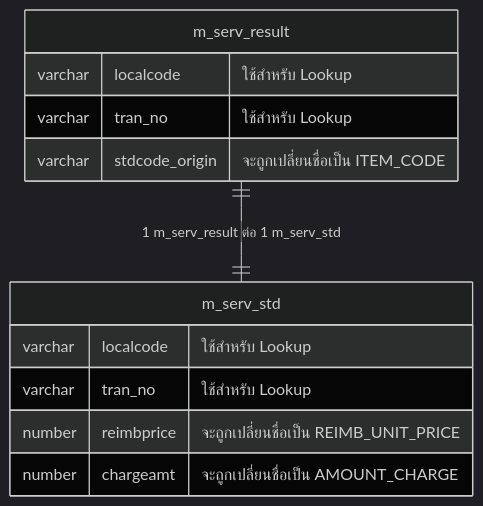
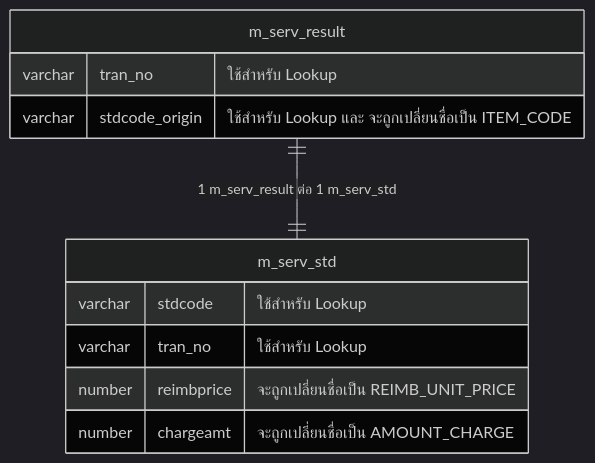
Before and after one commit to lionants02/open-doc: the third of 3 diagrams in nsho/fixbug_ITEM_CODE.md, drawn with Mermaid (dark theme). The commit also changed other lines of this file, not shown here.

````diff
--- a/nsho/fixbug_ITEM_CODE.md
+++ b/nsho/fixbug_ITEM_CODE.md
@@ -34,18 +35,17 @@
 ```mermaid
 erDiagram
     m_serv_result one to one m_serv_std : "1 m_serv_result ต่อ 1 m_serv_std"
 
 
     m_serv_result{
-        varchar localcode "ใช้สำหรับ Lookup"
         varchar tran_no "ใช้สำหรับ Lookup"
-        varchar stdcode_origin "จะถูกเปลี่ยนชื่อเป็น ITEM_CODE"
+        varchar stdcode_origin "ใช้สำหรับ Lookup และ จะถูกเปลี่ยนชื่อเป็น ITEM_CODE"
     }
 
     m_serv_std{
-        varchar localcode "ใช้สำหรับ Lookup"
+        varchar stdcode "ใช้สำหรับ Lookup"
         varchar tran_no "ใช้สำหรับ Lookup"
         number reimbprice "จะถูกเปลี่ยนชื่อเป็น REIMB_UNIT_PRICE"
         number chargeamt "จะถูกเปลี่ยนชื่อเป็น AMOUNT_CHARGE"
     }
 ```
````
